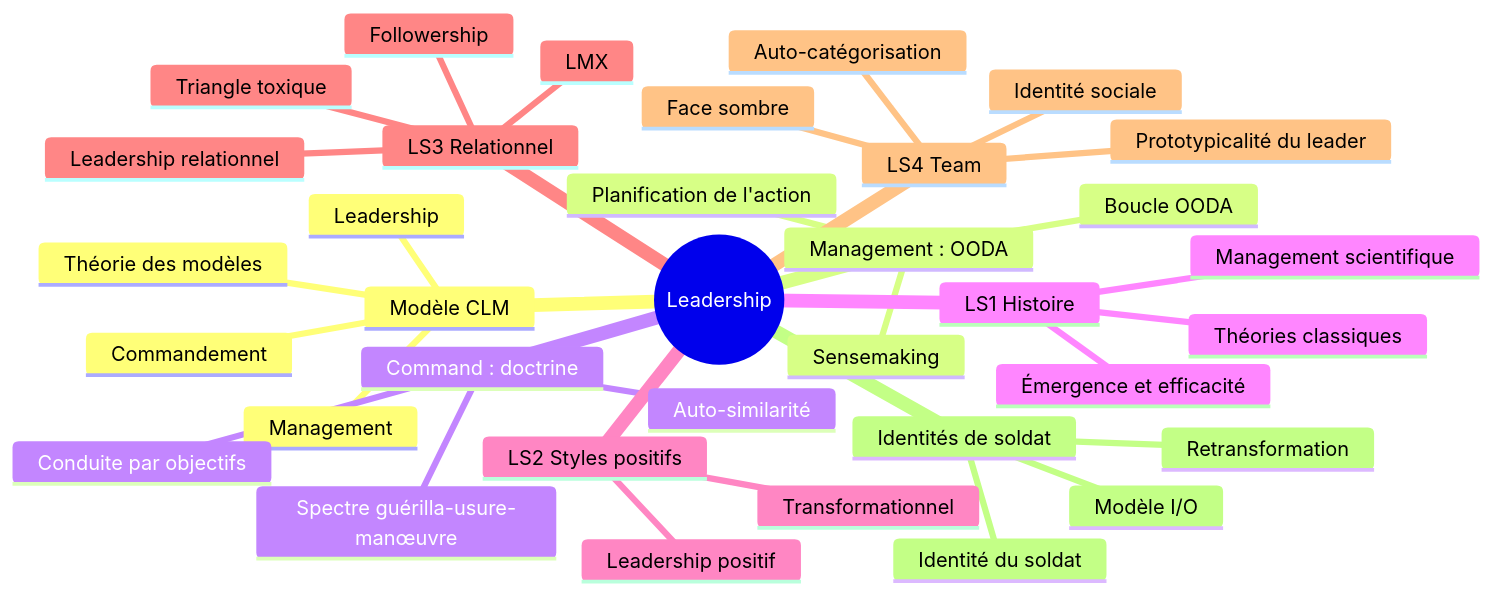
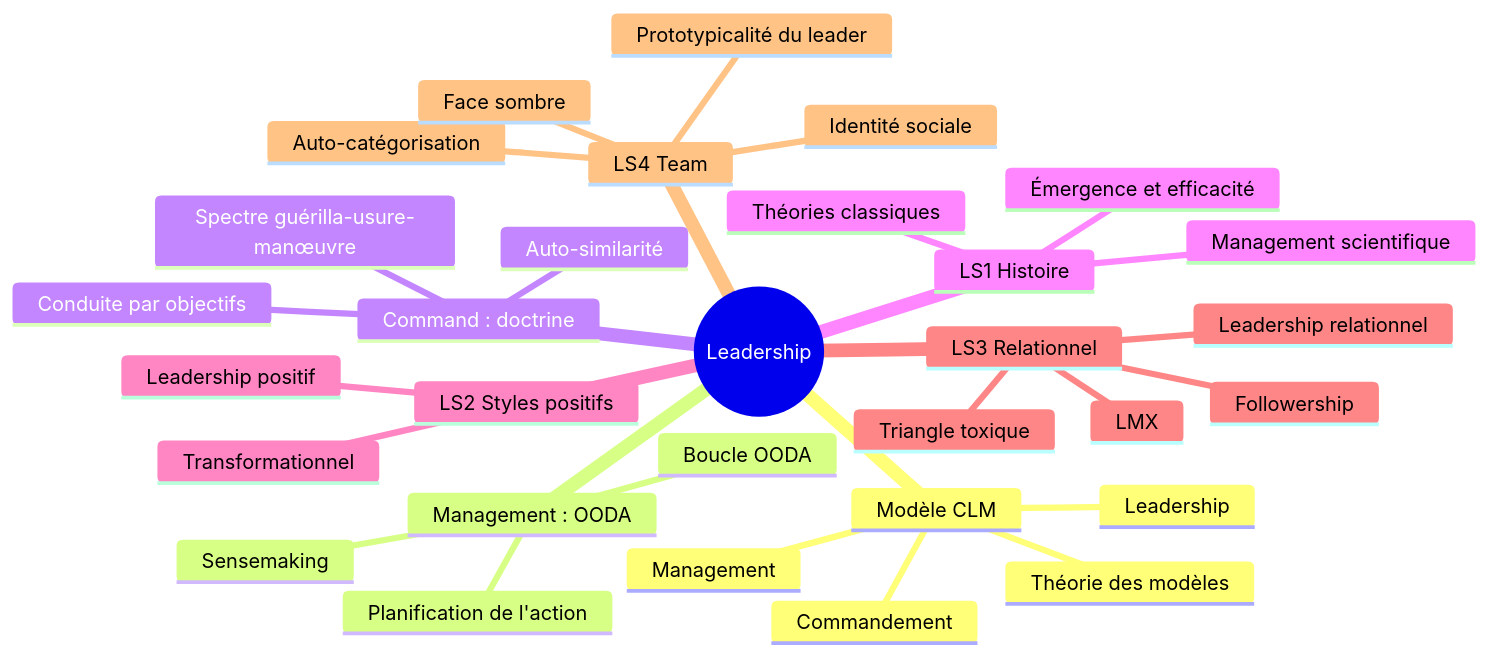
Before and after one commit to aidraxowl/NEXUS: the diagram in NEXUS/09-Learning/Course-Maps/HS26 - Leadership.md, drawn with Mermaid. The commit also changed other lines of this file and 67 other files, not shown here.

````diff
--- a/NEXUS/09-Learning/Course-Maps/HS26 - Leadership.md
+++ b/NEXUS/09-Learning/Course-Maps/HS26 - Leadership.md
@@ -22,38 +19,34 @@
 ```mermaid
 mindmap
   root((Leadership))
     Modèle CLM
       Commandement
       Leadership
       Management
       Théorie des modèles
     Management : OODA
       Boucle OODA
       Sensemaking
       Planification de l'action
     Command : doctrine
       Conduite par objectifs
       Spectre guérilla-usure-manœuvre
       Auto-similarité
     LS1 Histoire
       Théories classiques
       Émergence et efficacité
       Management scientifique
     LS2 Styles positifs
       Leadership positif
       Transformationnel
     LS3 Relationnel
       Leadership relationnel
       Followership
       Triangle toxique
       LMX
     LS4 Team
       Identité sociale
       Auto-catégorisation
       Prototypicalité du leader
       Face sombre
-    Identités de soldat
-      Modèle I/O
-      Identité du soldat
-      Retransformation
 ```
````
